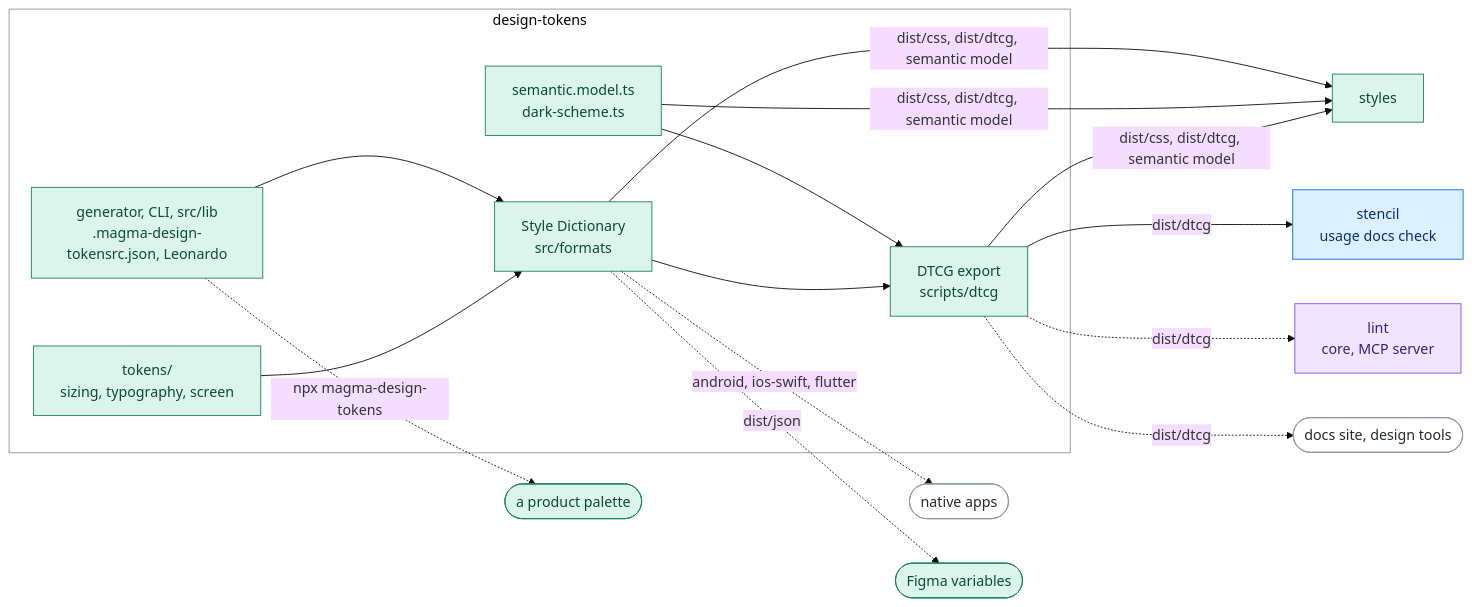
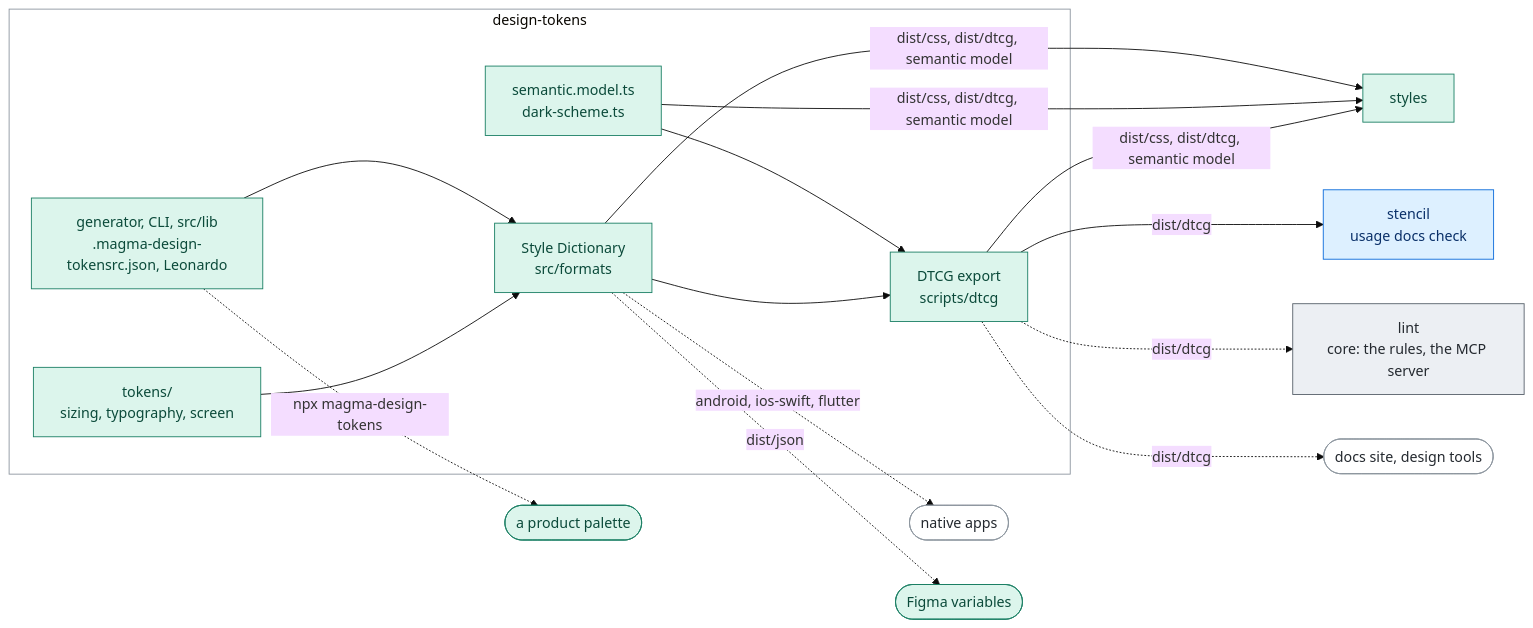
One commit to magma-design-system/magma changed the diagram in projects/design-tokens/README.md. Above: the diagram before and after it, drawn with Mermaid (base theme). The commit also changed 14 other files, not shown here.

First line of the commit message:
docs(mcp): the README of mcp, apart from the one of lint

````diff
--- a/projects/design-tokens/README.md
+++ b/projects/design-tokens/README.md
@@ -14,33 +14,33 @@
 ```mermaid
 flowchart LR
   subgraph dt["design-tokens"]
     GEN["generator, CLI, src/lib<br/>.magma-design-tokensrc.json, Leonardo"]
     TOK["tokens/<br/>sizing, typography, screen"]
     SD["Style Dictionary<br/>src/formats"]
     MODEL["semantic.model.ts<br/>dark-scheme.ts"]
     DTCG["DTCG export<br/>scripts/dtcg"]
     GEN --> SD
     TOK --> SD
     MODEL --> DTCG
     SD --> DTCG
   end
   SD & MODEL & DTCG -->|"dist/css, dist/dtcg, semantic model"| ST["styles"]
   DTCG -->|"dist/dtcg"| WC["stencil<br/>usage docs check"]
-  DTCG -.->|"dist/dtcg"| LINT["lint<br/>core, MCP server"]
+  DTCG -.->|"dist/dtcg"| LINT["lint<br/>core: the rules, the MCP server"]
   DTCG -.->|"dist/dtcg"| DOCS(["docs site, design tools"])
   SD -.->|"android, ios-swift, flutter"| NATIVE(["native apps"])
   SD -.->|"dist/json"| FIGMA(["Figma variables"])
   GEN -.->|"npx magma-design-tokens"| PROD(["a product palette"])
-  class LINT ai
+  class LINT tooling
   class GEN,TOK,SD,MODEL,DTCG,ST,FIGMA,PROD visual
   class WC components
   class DOCS,NATIVE outside
   class dt area
   classDef ai fill:#efe5ff,stroke:#8250df,color:#3e1f79
   classDef assets fill:#fff1d6,stroke:#bf8700,color:#5c3d00
   classDef visual fill:#dcf5ec,stroke:#1a7f64,color:#0b4a3a
   classDef components fill:#ddf0ff,stroke:#0969da,color:#0a3069
   classDef tooling fill:#eceff3,stroke:#57606a,color:#24292f
   classDef outside fill:#ffffff,stroke:#8c959f,color:#24292f
   classDef area fill:none,stroke:#8c959f
 ```
````
